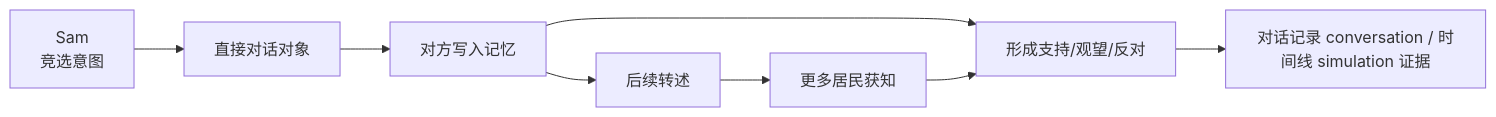
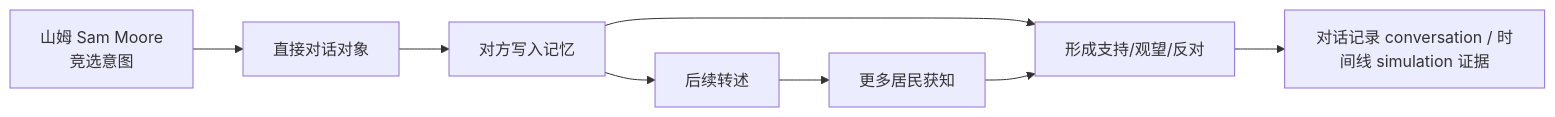
Before and after one commit to tbkken/GenerativeAgentsCN: the first of 7 diagrams in docs/book/manuscript/part_04/chapter_25.md, drawn with Mermaid. The commit also changed other lines of this file and 51 other files, not shown here.

````diff
--- a/docs/book/manuscript/part_04/chapter_25.md
+++ b/docs/book/manuscript/part_04/chapter_25.md
@@ -34,10 +34,10 @@
 ```mermaid
 flowchart LR
-    Sam["Sam<br/>竞选意图"] --> Direct["直接对话对象"]
+    Sam["山姆 Sam Moore<br/>竞选意图"] --> Direct["直接对话对象"]
     Direct --> Memory["对方写入记忆"]
     Memory --> Retell["后续转述"]
     Retell --> Others["更多居民获知"]
     Memory --> Attitude["形成支持/观望/反对"]
     Others --> Attitude
     Attitude --> Evidence["对话记录 conversation / 时间线 simulation 证据"]
 ```
````
